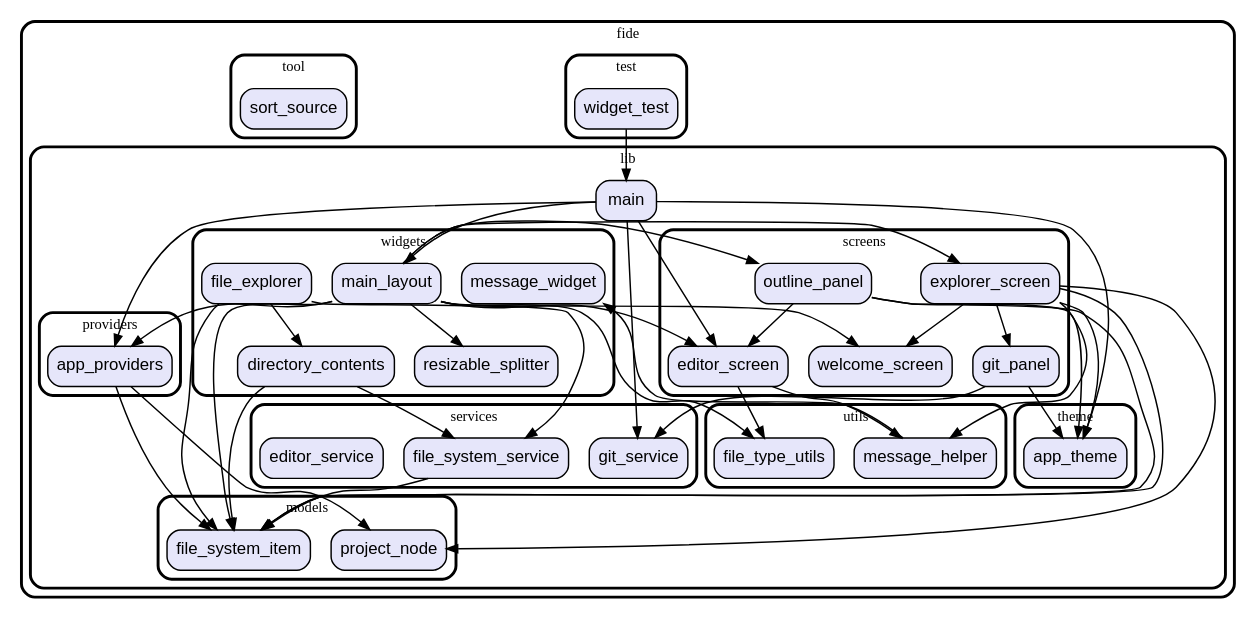
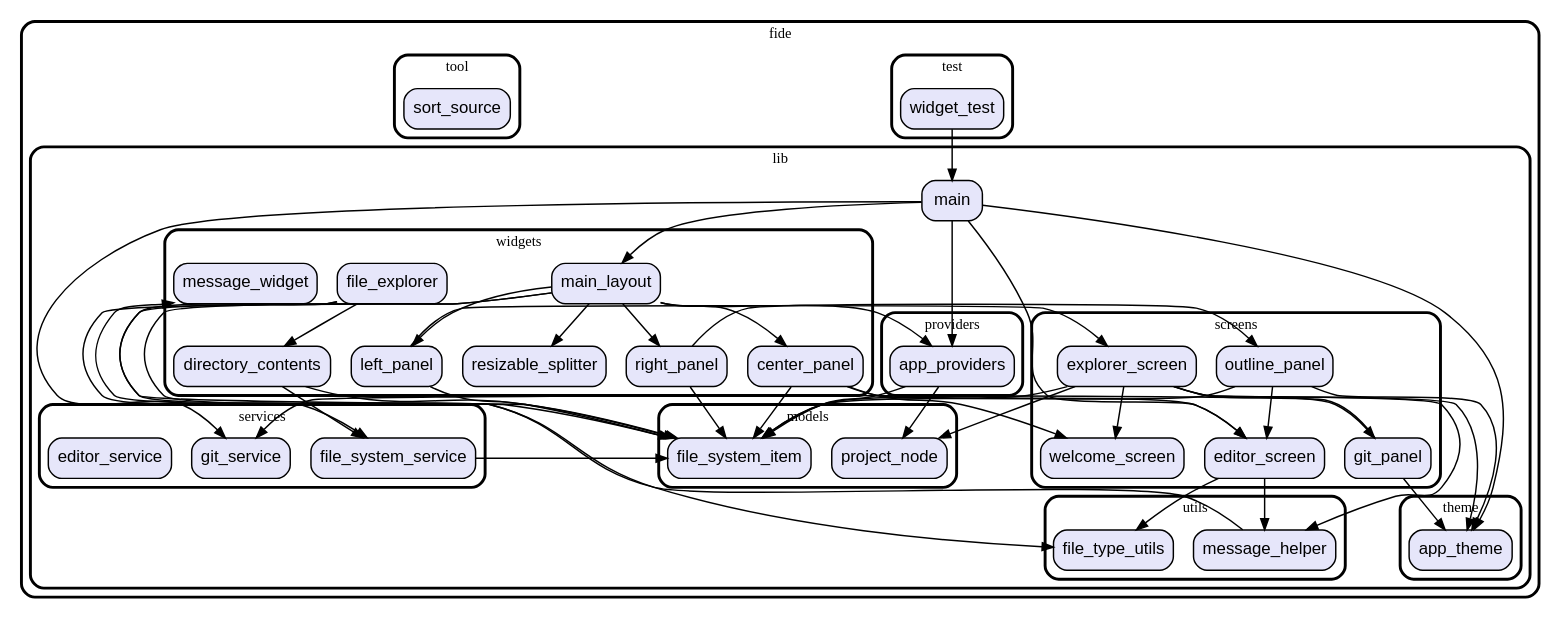
Before and after one commit to vteam-com/FIDE: the diagram in graph.dot, drawn with Graphviz. The commit also changed 7 other files, not shown here.

Commit message:
refactor panel  Left,Center,Right

```diff
--- a/graph.dot
+++ b/graph.dot
@@ -1,118 +1,130 @@
 digraph "" {
   graph [style=rounded fontname="Arial Black" fontsize=13 penwidth=2.6];
   node [shape=rect style="filled,rounded" fontname=Arial fontsize=15 fillcolor=Lavender penwidth=1.3];
   edge [penwidth=1.3];
   "/test/widget_test.dart" [label="widget_test"];
   "/lib/providers/app_providers.dart" [label="app_providers"];
   "/lib/utils/message_helper.dart" [label="message_helper"];
   "/lib/utils/file_type_utils.dart" [label="file_type_utils"];
   "/lib/models/project_node.dart" [label="project_node"];
   "/lib/models/file_system_item.dart" [label="file_system_item"];
   "/lib/screens/git_panel.dart" [label="git_panel"];
   "/lib/screens/explorer_screen.dart" [label="explorer_screen"];
   "/lib/screens/outline_panel.dart" [label="outline_panel"];
   "/lib/screens/editor_screen.dart" [label="editor_screen"];
   "/lib/screens/welcome_screen.dart" [label="welcome_screen"];
   "/lib/main.dart" [label="main"];
   "/lib/theme/app_theme.dart" [label="app_theme"];
   "/lib/services/git_service.dart" [label="git_service"];
   "/lib/services/file_system_service.dart" [label="file_system_service"];
   "/lib/services/editor_service.dart" [label="editor_service"];
   "/lib/widgets/resizable_splitter.dart" [label="resizable_splitter"];
   "/lib/widgets/directory_contents.dart" [label="directory_contents"];
   "/lib/widgets/main_layout.dart" [label="main_layout"];
   "/lib/widgets/file_explorer.dart" [label="file_explorer"];
   "/lib/widgets/message_widget.dart" [label="message_widget"];
+  "/lib/widgets/left_panel.dart" [label="left_panel"];
+  "/lib/widgets/center_panel.dart" [label="center_panel"];
+  "/lib/widgets/right_panel.dart" [label="right_panel"];
   "/tool/sort_source.dart" [label="sort_source"];
   subgraph "cluster~" {
     label="fide";
     subgraph "cluster~/test" {
       label="test";
       "/test/widget_test.dart";
     }
     subgraph "cluster~/lib" {
       label="lib";
       "/lib/main.dart";
       subgraph "cluster~/lib/providers" {
         label="providers";
         "/lib/providers/app_providers.dart";
       }
       subgraph "cluster~/lib/utils" {
         label="utils";
         "/lib/utils/message_helper.dart";
         "/lib/utils/file_type_utils.dart";
       }
       subgraph "cluster~/lib/models" {
         label="models";
         "/lib/models/project_node.dart";
         "/lib/models/file_system_item.dart";
       }
       subgraph "cluster~/lib/screens" {
         label="screens";
         "/lib/screens/git_panel.dart";
         "/lib/screens/explorer_screen.dart";
         "/lib/screens/outline_panel.dart";
         "/lib/screens/editor_screen.dart";
         "/lib/screens/welcome_screen.dart";
       }
       subgraph "cluster~/lib/theme" {
         label="theme";
         "/lib/theme/app_theme.dart";
       }
       subgraph "cluster~/lib/services" {
         label="services";
         "/lib/services/git_service.dart";
         "/lib/services/file_system_service.dart";
         "/lib/services/editor_service.dart";
       }
       subgraph "cluster~/lib/widgets" {
         label="widgets";
         "/lib/widgets/resizable_splitter.dart";
         "/lib/widgets/directory_contents.dart";
         "/lib/widgets/main_layout.dart";
         "/lib/widgets/file_explorer.dart";
         "/lib/widgets/message_widget.dart";
+        "/lib/widgets/left_panel.dart";
+        "/lib/widgets/center_panel.dart";
+        "/lib/widgets/right_panel.dart";
       }
     }
     subgraph "cluster~/tool" {
       label="tool";
       "/tool/sort_source.dart";
     }
   }
   "/test/widget_test.dart" -> "/lib/main.dart";
   "/lib/providers/app_providers.dart" -> "/lib/models/file_system_item.dart";
   "/lib/providers/app_providers.dart" -> "/lib/models/project_node.dart";
   "/lib/utils/message_helper.dart" -> "/lib/widgets/message_widget.dart";
   "/lib/screens/git_panel.dart" -> "/lib/theme/app_theme.dart";
   "/lib/screens/git_panel.dart" -> "/lib/services/git_service.dart";
   "/lib/screens/explorer_screen.dart" -> "/lib/models/project_node.dart";
   "/lib/screens/explorer_screen.dart" -> "/lib/models/file_system_item.dart";
   "/lib/screens/explorer_screen.dart" -> "/lib/utils/message_helper.dart";
   "/lib/screens/explorer_screen.dart" -> "/lib/screens/welcome_screen.dart";
   "/lib/screens/explorer_screen.dart" -> "/lib/screens/git_panel.dart";
   "/lib/screens/explorer_screen.dart" -> "/lib/theme/app_theme.dart";
   "/lib/screens/outline_panel.dart" -> "/lib/theme/app_theme.dart";
   "/lib/screens/outline_panel.dart" -> "/lib/models/file_system_item.dart";
   "/lib/screens/outline_panel.dart" -> "/lib/screens/editor_screen.dart";
   "/lib/screens/editor_screen.dart" -> "/lib/utils/message_helper.dart";
   "/lib/screens/editor_screen.dart" -> "/lib/utils/file_type_utils.dart";
   "/lib/main.dart" -> "/lib/providers/app_providers.dart";
   "/lib/main.dart" -> "/lib/widgets/main_layout.dart";
   "/lib/main.dart" -> "/lib/screens/editor_screen.dart";
   "/lib/main.dart" -> "/lib/services/git_service.dart";
   "/lib/main.dart" -> "/lib/theme/app_theme.dart";
   "/lib/services/file_system_service.dart" -> "/lib/models/file_system_item.dart";
   "/lib/widgets/directory_contents.dart" -> "/lib/services/file_system_service.dart";
   "/lib/widgets/directory_contents.dart" -> "/lib/models/file_system_item.dart";
   "/lib/widgets/main_layout.dart" -> "/lib/providers/app_providers.dart";
-  "/lib/widgets/main_layout.dart" -> "/lib/screens/explorer_screen.dart";
-  "/lib/widgets/main_layout.dart" -> "/lib/screens/welcome_screen.dart";
-  "/lib/widgets/main_layout.dart" -> "/lib/screens/editor_screen.dart";
-  "/lib/widgets/main_layout.dart" -> "/lib/screens/outline_panel.dart";
   "/lib/widgets/main_layout.dart" -> "/lib/models/file_system_item.dart";
   "/lib/widgets/main_layout.dart" -> "/lib/utils/file_type_utils.dart";
   "/lib/widgets/main_layout.dart" -> "/lib/widgets/resizable_splitter.dart";
+  "/lib/widgets/main_layout.dart" -> "/lib/widgets/left_panel.dart";
+  "/lib/widgets/main_layout.dart" -> "/lib/widgets/center_panel.dart";
+  "/lib/widgets/main_layout.dart" -> "/lib/widgets/right_panel.dart";
   "/lib/widgets/file_explorer.dart" -> "/lib/services/file_system_service.dart";
   "/lib/widgets/file_explorer.dart" -> "/lib/models/file_system_item.dart";
   "/lib/widgets/file_explorer.dart" -> "/lib/widgets/directory_contents.dart";
+  "/lib/widgets/left_panel.dart" -> "/lib/screens/explorer_screen.dart";
+  "/lib/widgets/left_panel.dart" -> "/lib/models/file_system_item.dart";
+  "/lib/widgets/center_panel.dart" -> "/lib/screens/welcome_screen.dart";
+  "/lib/widgets/center_panel.dart" -> "/lib/screens/editor_screen.dart";
+  "/lib/widgets/center_panel.dart" -> "/lib/models/file_system_item.dart";
+  "/lib/widgets/right_panel.dart" -> "/lib/screens/outline_panel.dart";
+  "/lib/widgets/right_panel.dart" -> "/lib/models/file_system_item.dart";
 }
```
